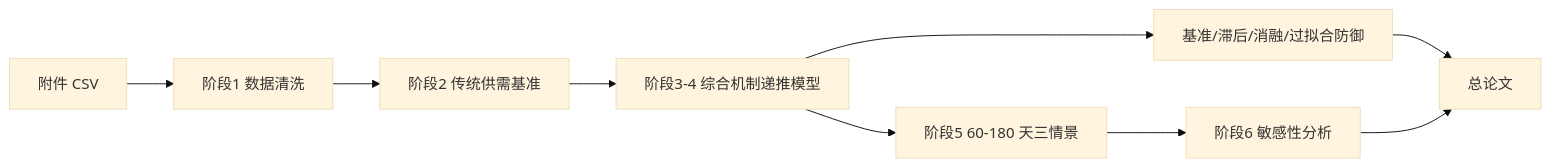
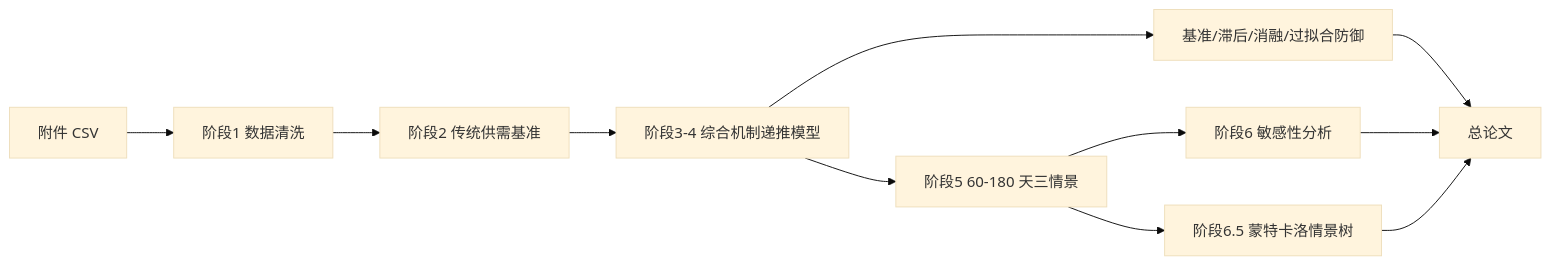
One commit to Timcai06/-A- changed the diagram in docs/01_建模方案.md. Above: the diagram before and after it, drawn with Mermaid (base theme). The commit also changed other lines of this file and 27 other files, not shown here.

````diff
--- a/docs/01_建模方案.md
+++ b/docs/01_建模方案.md
@@ -5,11 +5,13 @@
 ```mermaid
 flowchart LR
     Raw["附件 CSV"] --> Clean["阶段1 数据清洗"]
     Clean --> Baseline["阶段2 传统供需基准"]
     Baseline --> Main["阶段3-4 综合机制递推模型"]
     Main --> Defense["基准/滞后/消融/过拟合防御"]
     Main --> Scenario["阶段5 60-180 天三情景"]
     Scenario --> Sens["阶段6 敏感性分析"]
+    Scenario --> MC["阶段6.5 蒙特卡洛情景树"]
     Defense --> Paper["总论文"]
     Sens --> Paper
+    MC --> Paper
 ```
````
